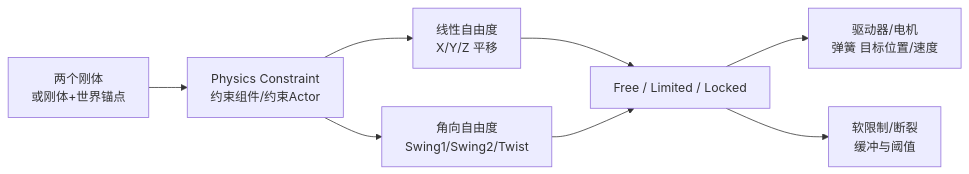
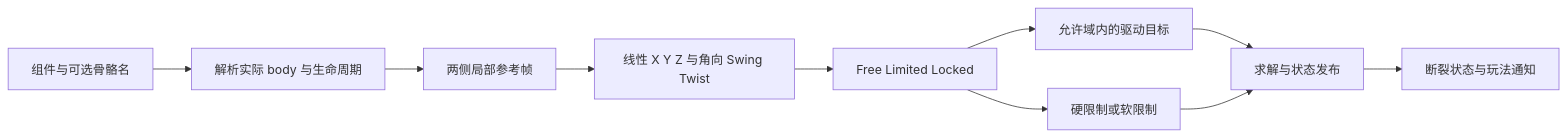
Before and after one commit to fantuan812/learning: the first of 5 diagrams in 知识/04-图形动画与物理仿真/物理求解与动力学/03-物理约束与关节.md, drawn with Mermaid. The commit also changed other lines of this file and 2 other files, not shown here.

````diff
--- a/知识/04-图形动画与物理仿真/物理求解与动力学/03-物理约束与关节.md
+++ b/知识/04-图形动画与物理仿真/物理求解与动力学/03-物理约束与关节.md
@@ -29,10 +30,12 @@
 ```mermaid
 flowchart LR
-    A[两个刚体<br/>或刚体+世界锚点] --> B[Physics Constraint<br/>约束组件/约束Actor]
-    B --> C[线性自由度<br/>X/Y/Z 平移]
-    B --> D[角向自由度<br/>Swing1/Swing2/Twist]
-    C --> E[Free / Limited / Locked]
-    D --> E
-    E --> F[驱动器/电机<br/>弹簧 目标位置/速度]
-    E --> G[软限制/断裂<br/>缓冲与阈值]
+    A[组件与可选骨骼名] --> B[解析实际 body 与生命周期]
+    B --> C[两侧局部参考帧]
+    C --> D[线性 X Y Z 与角向 Swing Twist]
+    D --> E[Free Limited Locked]
+    E --> F[允许域内的驱动目标]
+    E --> G[硬限制或软限制]
+    F --> H[求解与状态发布]
+    G --> H
+    H --> I[断裂状态与玩法通知]
 ```
````
